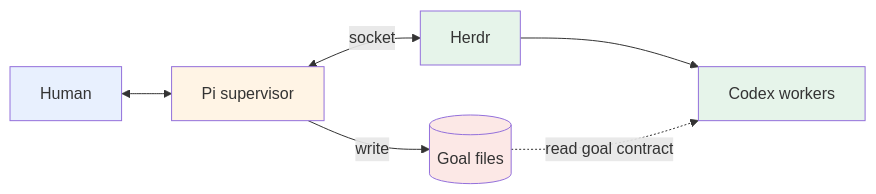
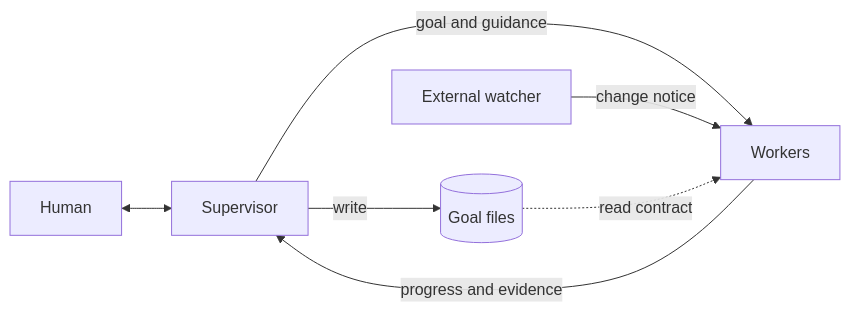
One commit to hao1939/herdr-supervisor changed the first of 4 diagrams in docs/design.md. Above: the diagram before and after it, drawn with Mermaid. The commit also changed other lines of this file and 11 other files, not shown here.

````diff
--- a/docs/design.md
+++ b/docs/design.md
@@ -98,14 +116,9 @@
 ```mermaid
 flowchart LR
-    U[Human] <--> S[Pi supervisor]
-    S <-->|socket| H[Herdr]
-    H --> W[Codex workers]
+    U[Human] <--> S[Supervisor]
+    S -->|goal and guidance| W[Workers]
+    W -->|progress and evidence| S
+    E[External watcher] -->|change notice| W
     S -->|write| F[(Goal files)]
-    F -.->|read goal contract| W
-
-    style U fill:#e8f0fe
-    style S fill:#fff4e5
-    style H fill:#e6f4ea
-    style W fill:#e6f4ea
-    style F fill:#fce8e6
+    F -.->|read contract| W
 ```
````
